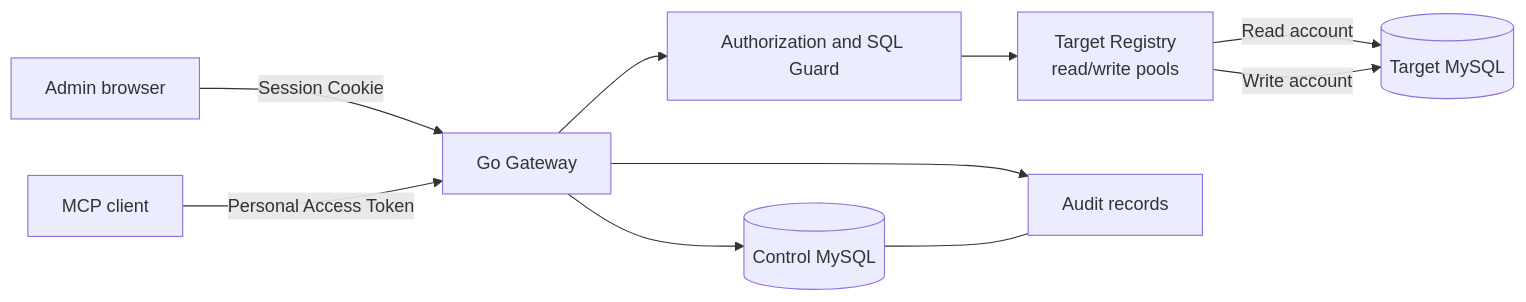
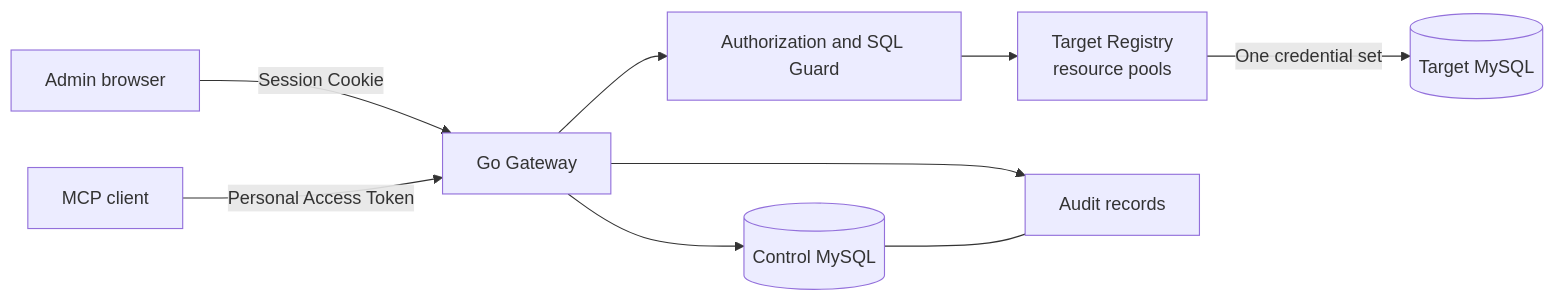
The diagram in README.en.md (YogeLiu/db-access-gateway), drawn with Mermaid before and after one commit. The commit also changed other lines of this file and 19 other files, not shown here.

Commit message:
feat: use one credential per database resource

````diff
--- a/README.en.md
+++ b/README.en.md
@@ -43,12 +43,11 @@
 ```mermaid
 flowchart LR
     Admin[Admin browser] -->|Session Cookie| Gateway[Go Gateway]
     MCP[MCP client] -->|Personal Access Token| Gateway
     Gateway --> Control[(Control MySQL)]
     Gateway --> Policy[Authorization and SQL Guard]
-    Policy --> Registry[Target Registry<br/>read/write pools]
-    Registry -->|Read account| Target[(Target MySQL)]
-    Registry -->|Write account| Target
+    Policy --> Registry[Target Registry<br/>resource pools]
+    Registry -->|One credential set| Target[(Target MySQL)]
     Gateway --> Audit[Audit records]
     Control --- Audit
 ```
````
